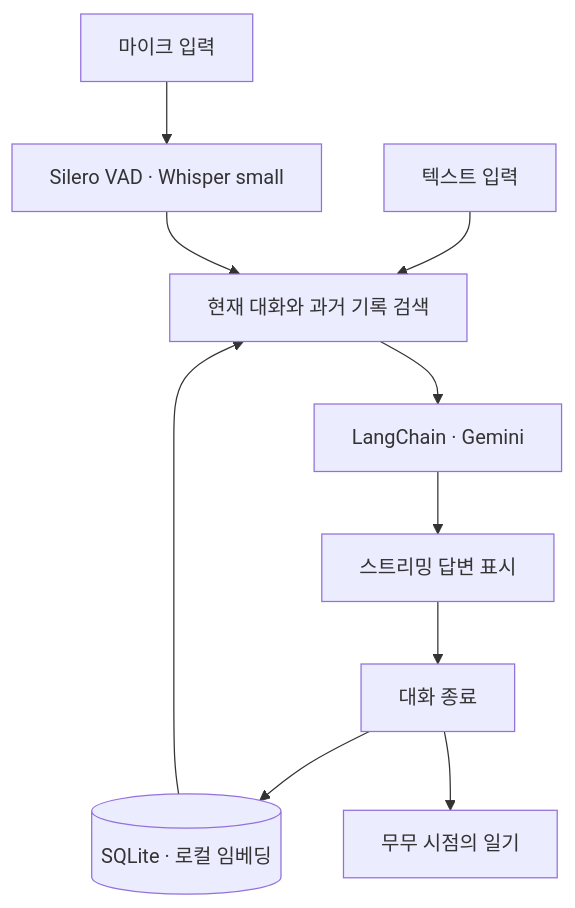
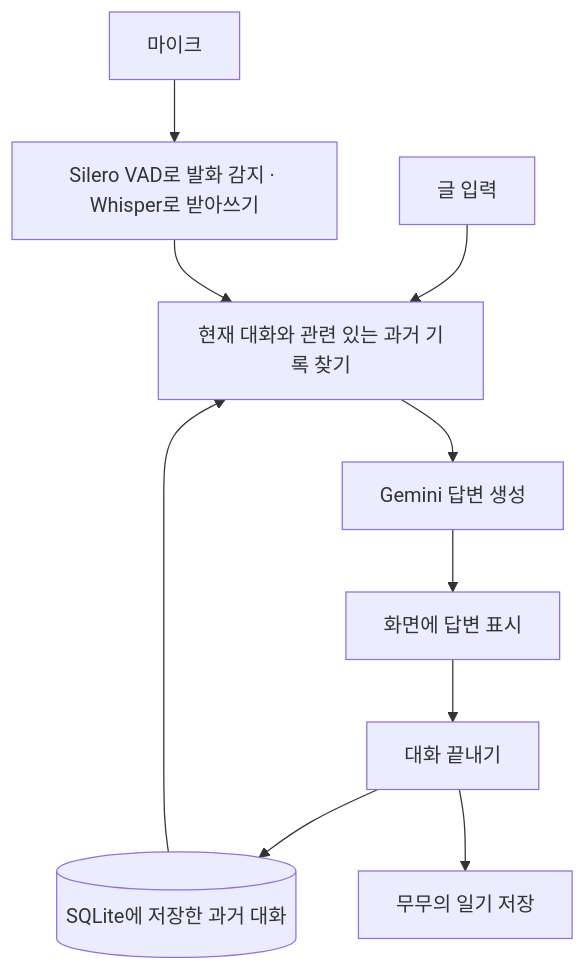
One commit to SiH0215/MUMU changed the diagram in README.md. Above: the diagram before and after it, drawn with Mermaid. The commit also changed other lines of this file and 1 other file, not shown here.

````diff
--- a/README.md
+++ b/README.md
@@ -27,12 +69,12 @@
 ```mermaid
 flowchart TD
-    A[텍스트 입력] --> D[현재 대화와 과거 기록 검색]
-    B[마이크 입력] --> C[Silero VAD · Whisper small]
+    A[글 입력] --> D[현재 대화와 관련 있는 과거 기록 찾기]
+    B[마이크] --> C[Silero VAD로 발화 감지 · Whisper로 받아쓰기]
     C --> D
-    E[(SQLite · 로컬 임베딩)] --> D
-    D --> F[LangChain · Gemini]
-    F --> G[스트리밍 답변 표시]
-    G --> H[대화 종료]
+    E[(SQLite에 저장한 과거 대화)] --> D
+    D --> F[Gemini 답변 생성]
+    F --> G[화면에 답변 표시]
+    G --> H[대화 끝내기]
     H --> E
-    H --> I[무무 시점의 일기]
+    H --> I[무무의 일기 저장]
 ```
````
